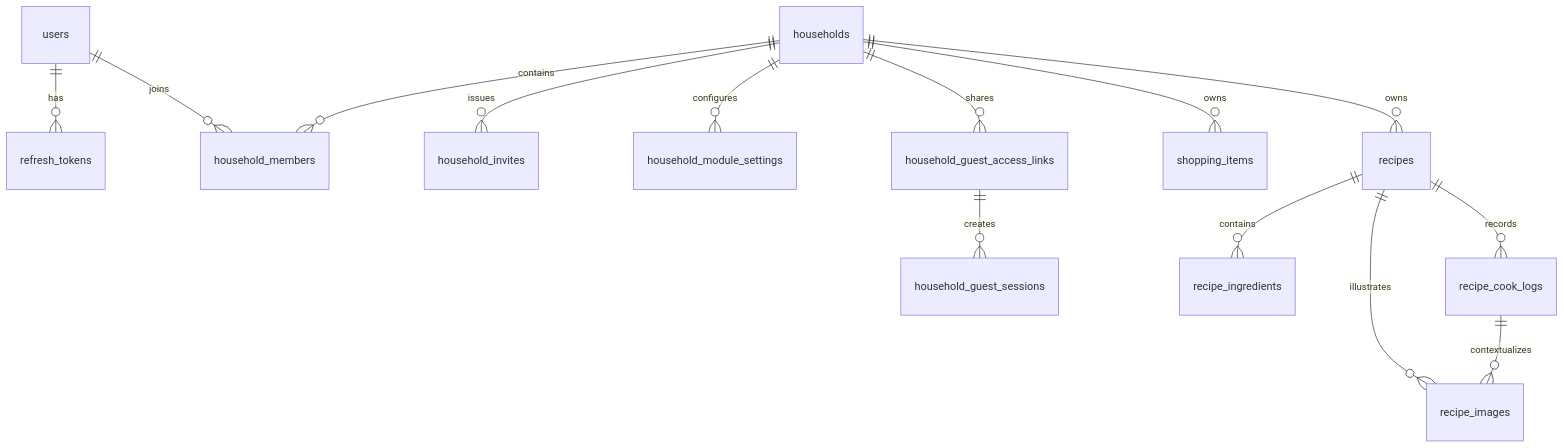
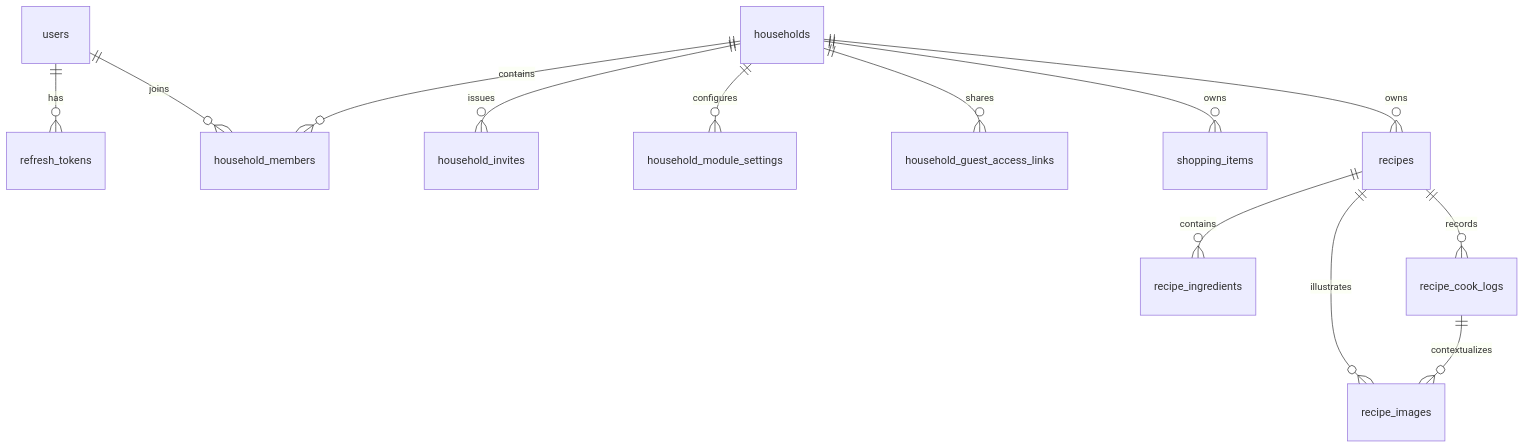
The diagram in docs/data-model.md (arturchichorro/home-hub), drawn with Mermaid before and after one commit. The commit also changed other lines of this file and 16 other files, not shown here.

Commit message:
docs(guest-access): finalize direct-link architecture

````diff
--- a/docs/data-model.md
+++ b/docs/data-model.md
@@ -21,16 +21,15 @@
 ```mermaid
 erDiagram
   users ||--o{ refresh_tokens : has
   users ||--o{ household_members : joins
   households ||--o{ household_members : contains
   households ||--o{ household_invites : issues
   households ||--o{ household_module_settings : configures
   households ||--o{ household_guest_access_links : shares
-  household_guest_access_links ||--o{ household_guest_sessions : creates
   households ||--o{ shopping_items : owns
   households ||--o{ recipes : owns
   recipes ||--o{ recipe_ingredients : contains
   recipes ||--o{ recipe_cook_logs : records
   recipes ||--o{ recipe_images : illustrates
   recipe_cook_logs ||--o{ recipe_images : contextualizes
 ```
````
